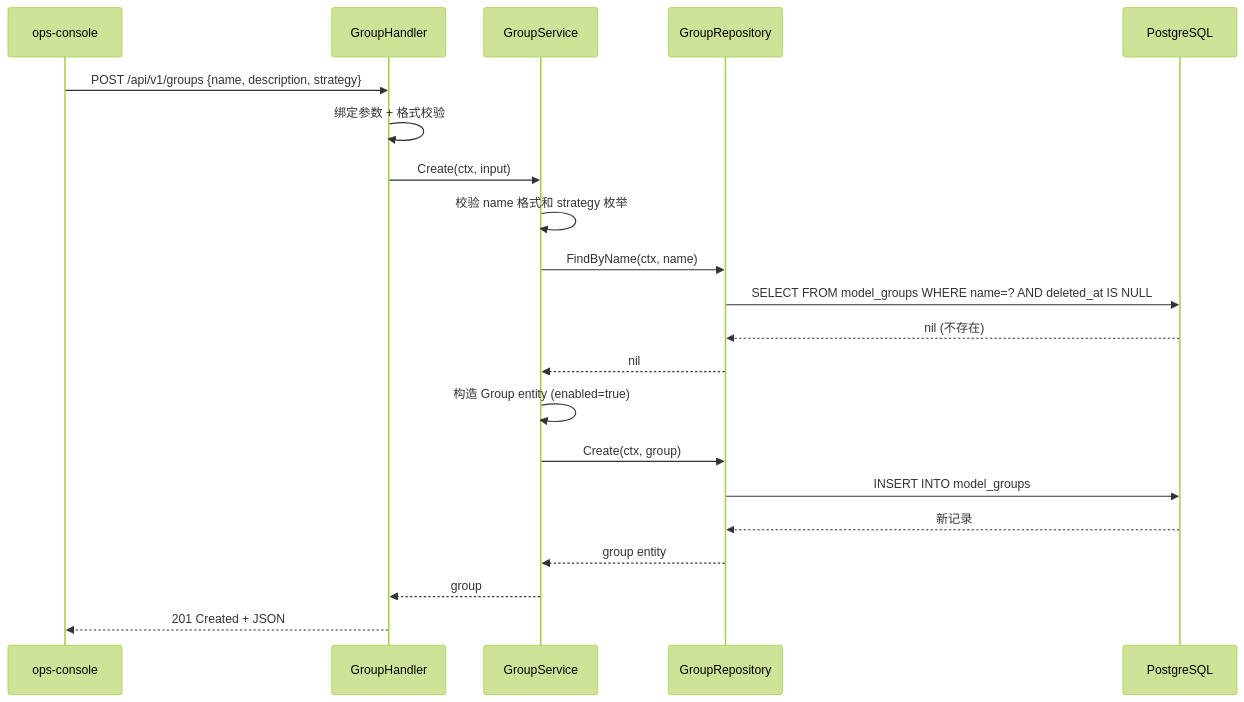
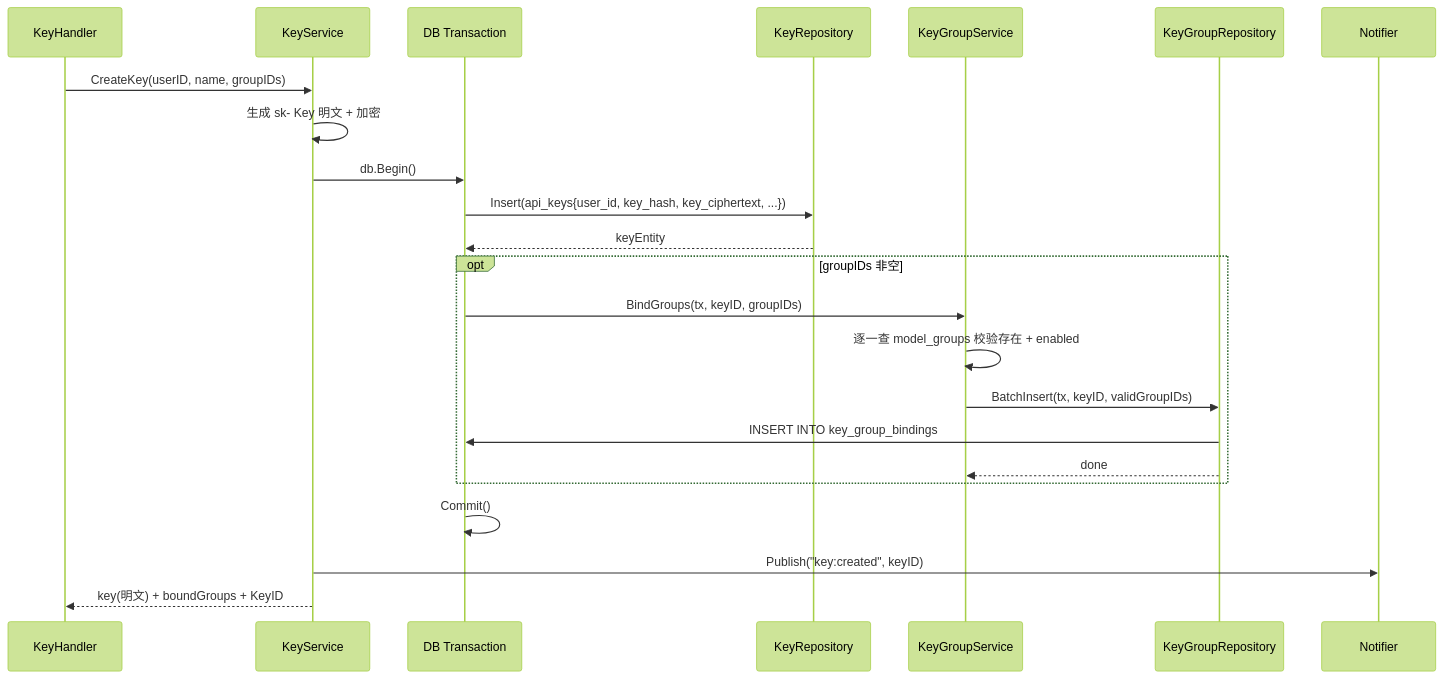
Before and after one commit to achieve-jsy/llm-gateway: the first of 3 diagrams in xspec/changes/control-plane/design.delta.md, drawn with Mermaid (forest theme). The commit also changed other lines of this file and 134 other files, not shown here.

First line of the commit message:
feat(api-key): 添加API密钥与模型组绑定功能

````diff
--- a/xspec/changes/control-plane/design.delta.md
+++ b/xspec/changes/control-plane/design.delta.md
@@ -385,24 +128,29 @@
 ```mermaid
 sequenceDiagram
-    participant OC as ops-console
-    participant H as GroupHandler
-    participant S as GroupService
-    participant R as GroupRepository
-    participant DB as PostgreSQL
+    participant KH as KeyHandler
+    participant KS as KeyService
+    participant tx as DB Transaction
+    participant KR as KeyRepository
+    participant KGS as KeyGroupService
+    participant KGR as KeyGroupRepository
+    participant N as Notifier
 
-    OC->>H: POST /api/v1/groups {name, description, strategy}
-    H->>H: 绑定参数 + 格式校验
-    H->>S: Create(ctx, input)
-    S->>S: 校验 name 格式和 strategy 枚举
-    S->>R: FindByName(ctx, name)
-    R->>DB: SELECT FROM model_groups WHERE name=? AND deleted_at IS NULL
-    DB-->>R: nil (不存在)
-    R-->>S: nil
-    S->>S: 构造 Group entity (enabled=true)
-    S->>R: Create(ctx, group)
-    R->>DB: INSERT INTO model_groups
-    DB-->>R: 新记录
-    R-->>S: group entity
-    S-->>H: group
-    H-->>OC: 201 Created + JSON
+    KH->>KS: CreateKey(userID, name, groupIDs)
+    KS->>KS: 生成 sk- Key 明文 + 加密
+
+    KS->>tx: db.Begin()
+    tx->>KR: Insert(api_keys{user_id, key_hash, key_ciphertext, ...})
+    KR-->>tx: keyEntity
+
+    opt groupIDs 非空
+        tx->>KGS: BindGroups(tx, keyID, groupIDs)
+        KGS->>KGS: 逐一查 model_groups 校验存在 + enabled
+        KGS->>KGR: BatchInsert(tx, keyID, validGroupIDs)
+        KGR->>tx: INSERT INTO key_group_bindings
+        KGR-->>KGS: done
+    end
+
+    tx->>tx: Commit()
+    KS->>N: Publish("key:created", keyID)
+    KS-->>KH: key(明文) + boundGroups + KeyID
 ```
````
